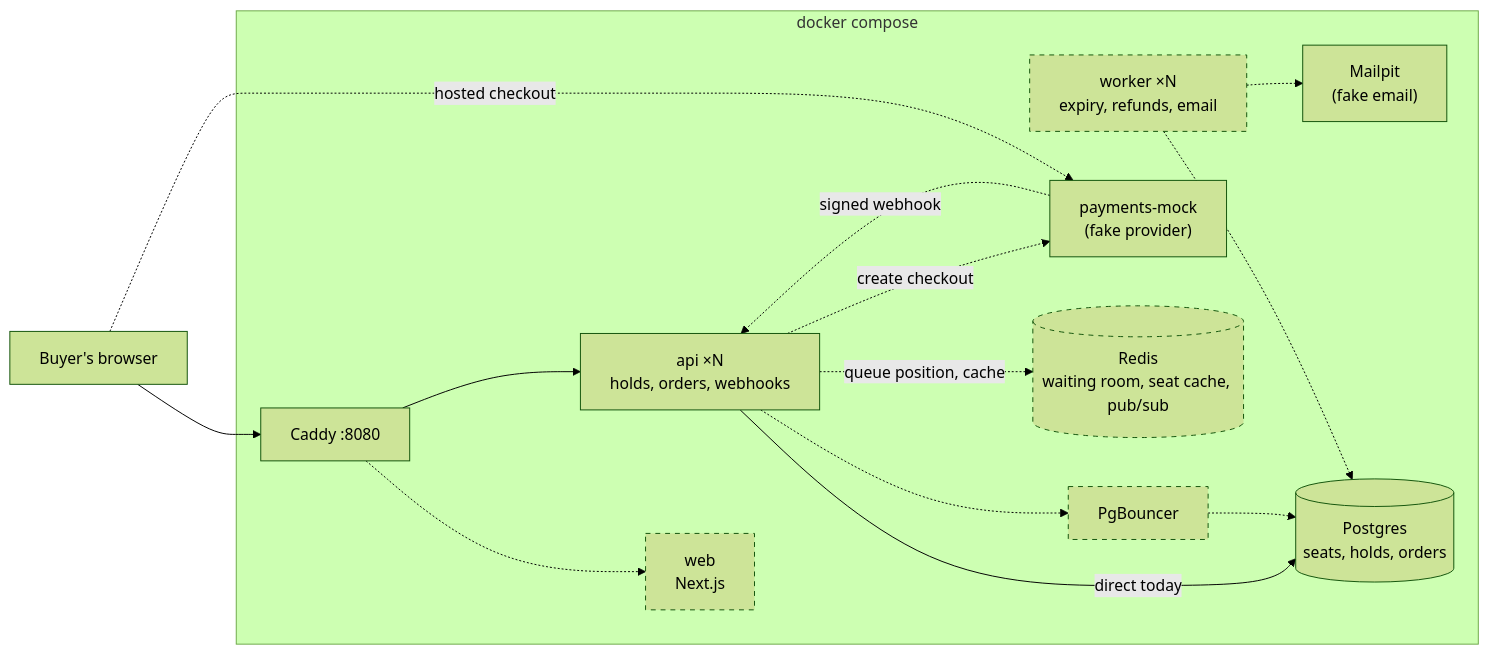
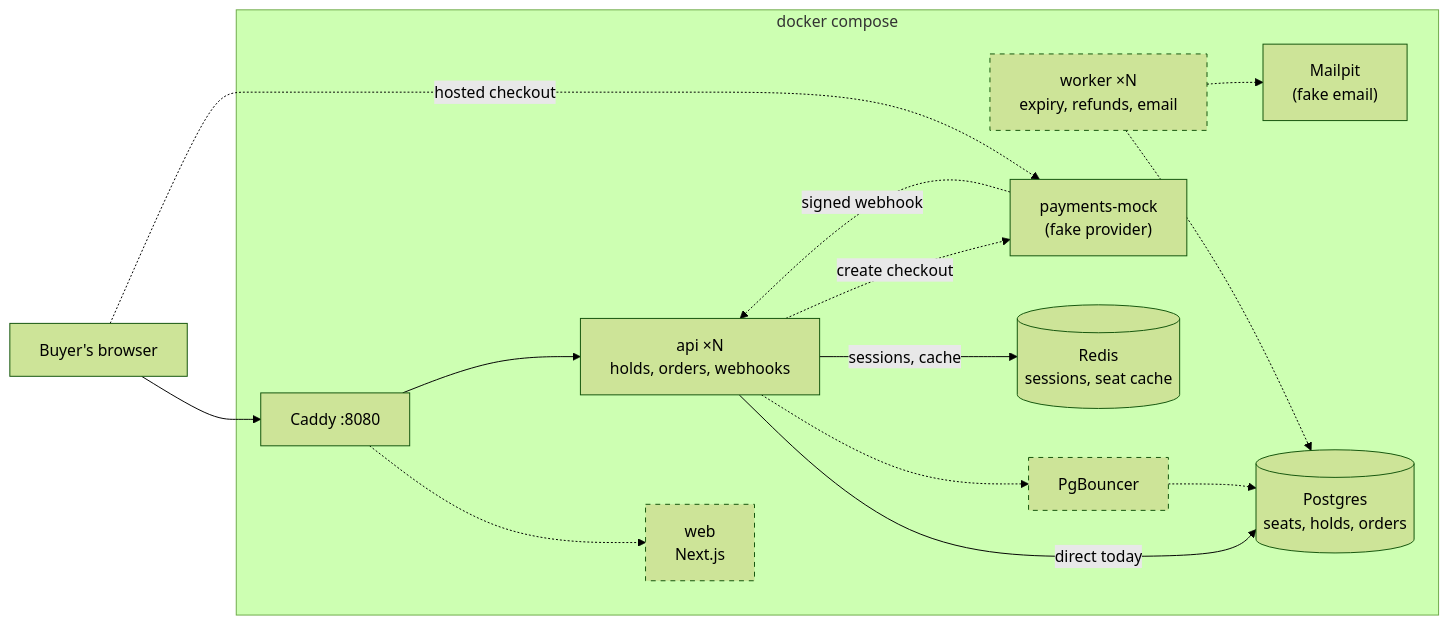
The diagram in README.md (gonzalo-gigena/ticket-booking), drawn with Mermaid (forest theme) before and after one commit. The commit also changed other lines of this file and 13 other files, not shown here.

````diff
--- a/README.md
+++ b/README.md
@@ -51,29 +64,29 @@
 ```mermaid
 flowchart LR
   buyer["Buyer's browser"]
   subgraph stack["docker compose"]
     caddy["Caddy :8080"]
     web["web<br/>Next.js"]
     api["api ×N<br/>holds, orders, webhooks"]
     worker["worker ×N<br/>expiry, refunds, email"]
-    redis[("Redis<br/>waiting room, seat cache, pub/sub")]
+    redis[("Redis<br/>sessions, seat cache")]
     bouncer["PgBouncer"]
     db[("Postgres<br/>seats, holds, orders")]
     pay["payments-mock<br/>(fake provider)"]
     mail["Mailpit<br/>(fake email)"]
   end
   buyer --> caddy
   buyer -.->|"hosted checkout"| pay
   caddy -.-> web
   caddy --> api
   api -->|"direct today"| db
   api -.-> bouncer
   bouncer -.-> db
-  api -.->|"queue position, cache"| redis
+  api -->|"sessions, cache"| redis
   api -.->|"create checkout"| pay
   pay -.->|"signed webhook"| api
   worker -.-> db
   worker -.-> mail
-  class web,worker,redis,bouncer planned
+  class web,worker,bouncer planned
   classDef planned stroke-dasharray: 5 5
 ```
````
